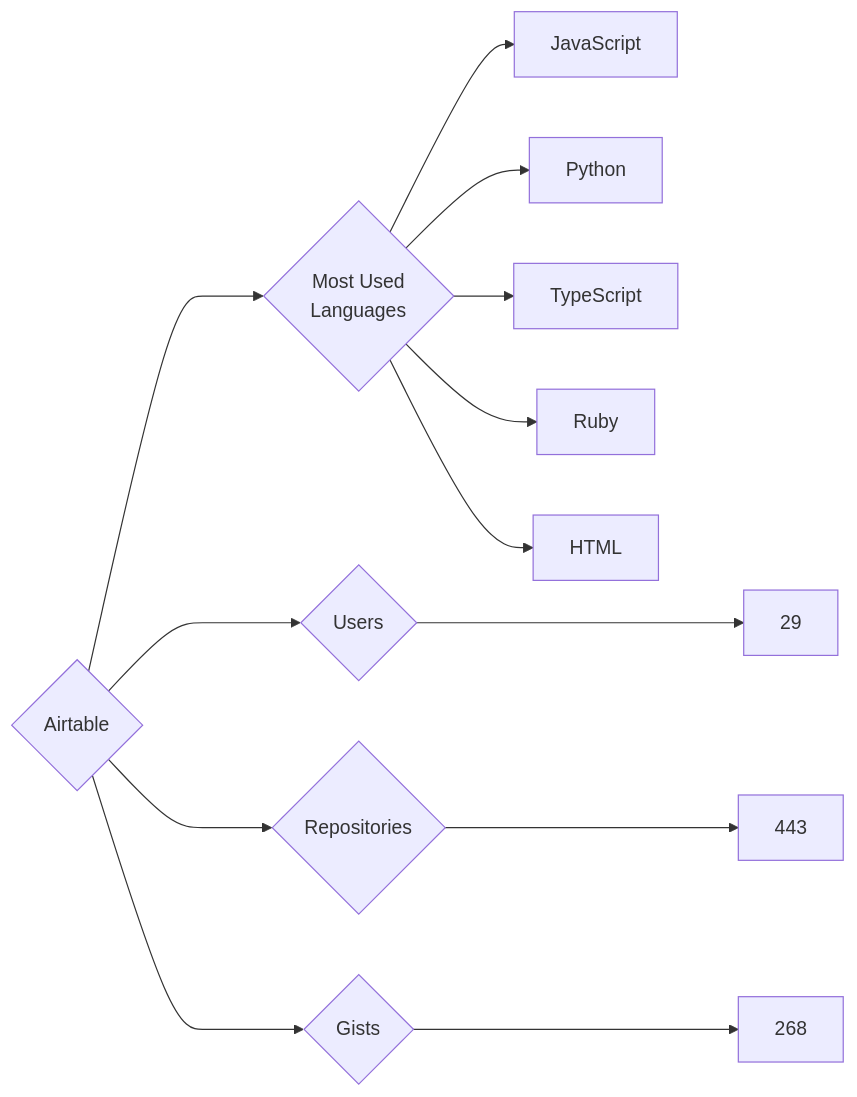
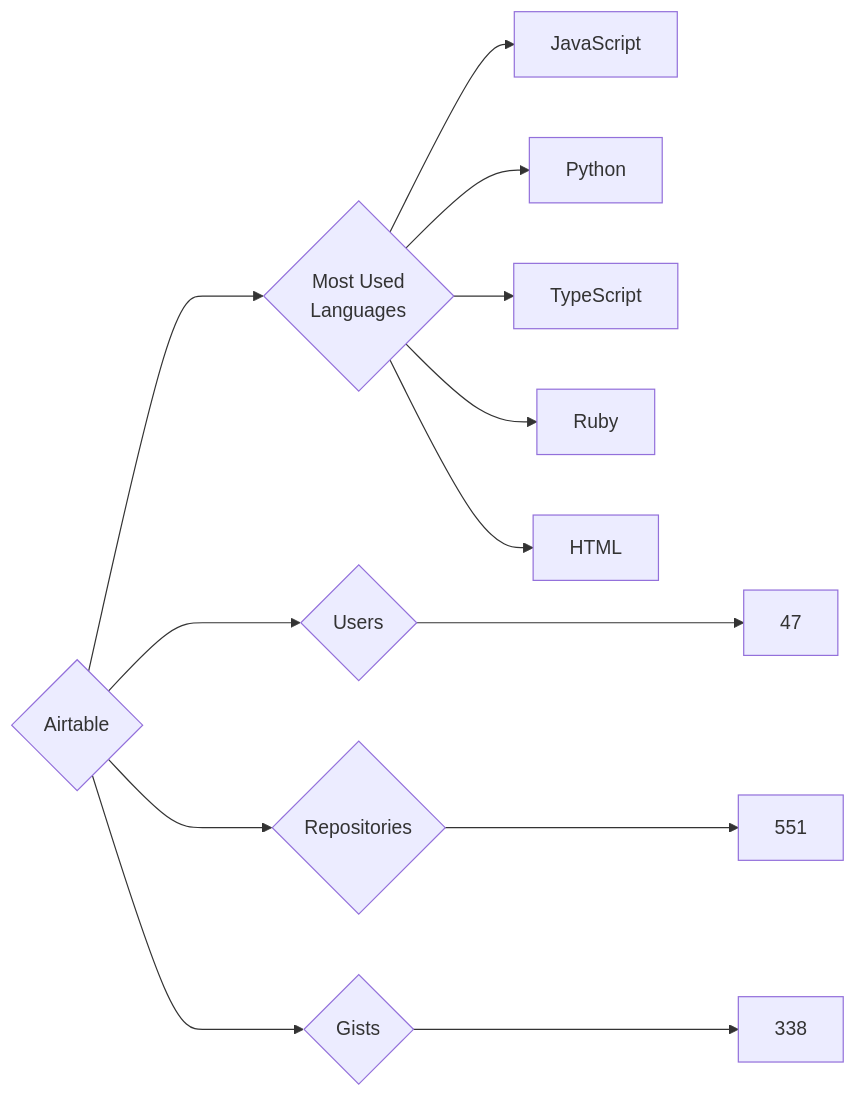
One commit to trickest/insiders changed the diagram in targets/Airtable/README.md. Above: the diagram before and after it, drawn with Mermaid. The commit also changed 644 other files, not shown here.

````diff
--- a/targets/Airtable/README.md
+++ b/targets/Airtable/README.md
@@ -3,13 +3,13 @@
 ```mermaid
 graph LR
 COMPANY_NAME{Airtable}
-COMPANY_NAME ---> U{Users} ---> UN[29]
-COMPANY_NAME ---> R{Repositories} ---> RN[443]
-COMPANY_NAME ---> G{Gists} ---> GN[268]
+COMPANY_NAME ---> U{Users} ---> UN[47]
+COMPANY_NAME ---> R{Repositories} ---> RN[551]
+COMPANY_NAME ---> G{Gists} ---> GN[338]
 COMPANY_NAME ---> ML{Most Used<br>Languages}
 ML --> JavaScript[JavaScript]
 ML --> Python[Python]
 ML --> TypeScript[TypeScript]
 ML --> Ruby[Ruby]
 ML --> HTML[HTML]
 ```
````
